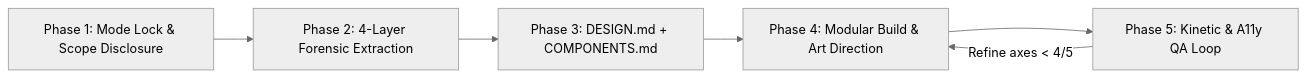
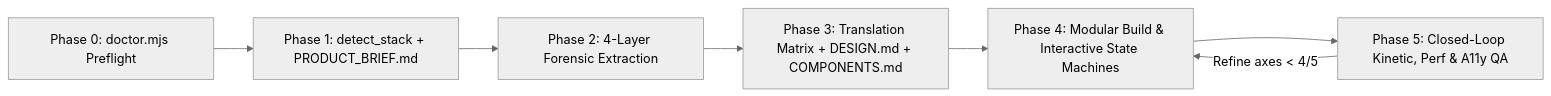
Before and after one commit to Aaryan1524/UnslopAI: the diagram in README.md, drawn with Mermaid (neutral theme). The commit also changed other lines of this file and 9 other files, not shown here.

````diff
--- a/README.md
+++ b/README.md
@@ -90,8 +92,9 @@
 ```mermaid
 flowchart LR
-    P1["Phase 1: Mode Lock & Scope Disclosure"] --> P2["Phase 2: 4-Layer Forensic Extraction"]
-    P2 --> P3["Phase 3: DESIGN.md + COMPONENTS.md"]
-    P3 --> P4["Phase 4: Modular Build & Art Direction"]
-    P4 --> P5["Phase 5: Kinetic & A11y QA Loop"]
+    P0["Phase 0: doctor.mjs Preflight"] --> P1["Phase 1: detect_stack + PRODUCT_BRIEF.md"]
+    P1 --> P2["Phase 2: 4-Layer Forensic Extraction"]
+    P2 --> P3["Phase 3: Translation Matrix + DESIGN.md + COMPONENTS.md"]
+    P3 --> P4["Phase 4: Modular Build & Interactive State Machines"]
+    P4 --> P5["Phase 5: Closed-Loop Kinetic, Perf & A11y QA"]
     P5 -->|"Refine axes < 4/5"| P4
 ```
````
